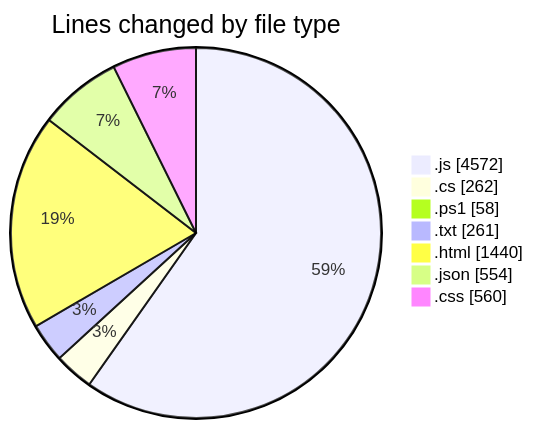
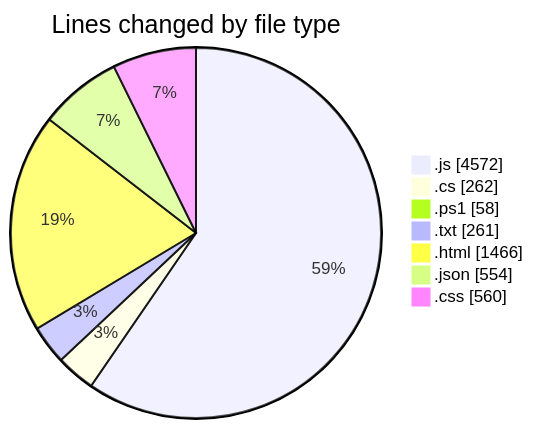
One commit to becaeroporto-bot/code-tracking changed the first of 2 diagrams in 2026-02-17/bot_v1_2/README.md. Above: the diagram before and after it, drawn with Mermaid. The commit also changed other lines of this file and 1 other file, not shown here.

````diff
--- a/2026-02-17/bot_v1_2/README.md
+++ b/2026-02-17/bot_v1_2/README.md
@@ -39,11 +39,11 @@
 ```mermaid
 pie showData
 title Lines changed by file type
 ".js" : 4572
 ".cs" : 262
 ".ps1" : 58
 ".txt" : 261
-".html" : 1440
+".html" : 1466
 ".json" : 554
 ".css" : 560
 ```
````
